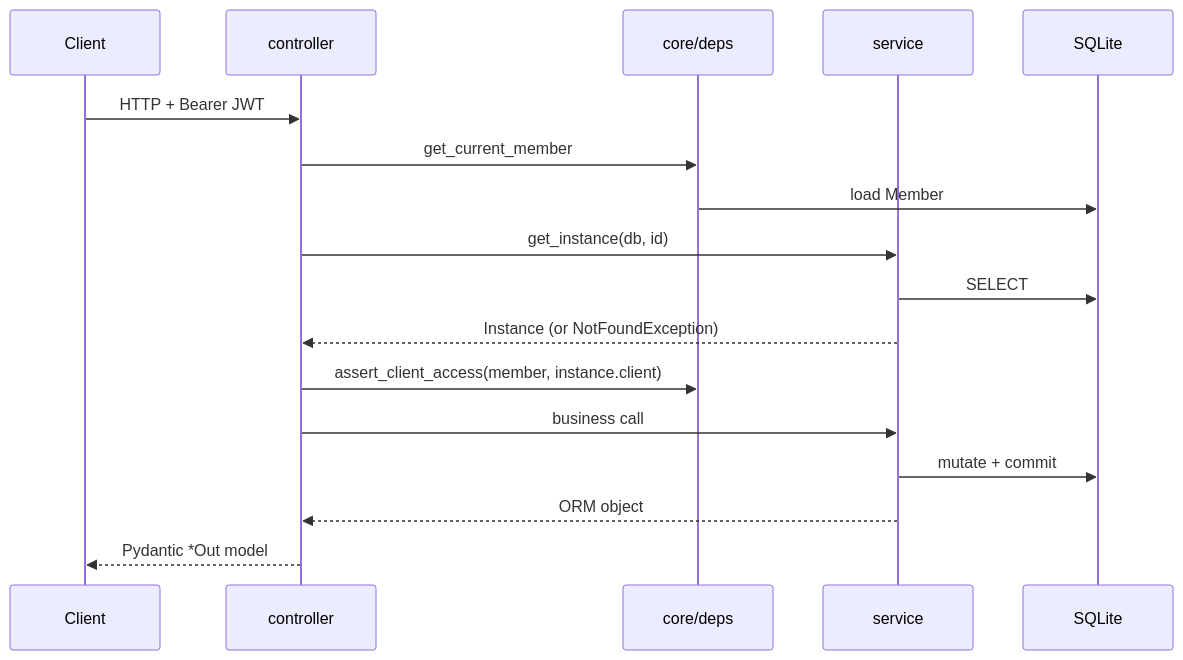
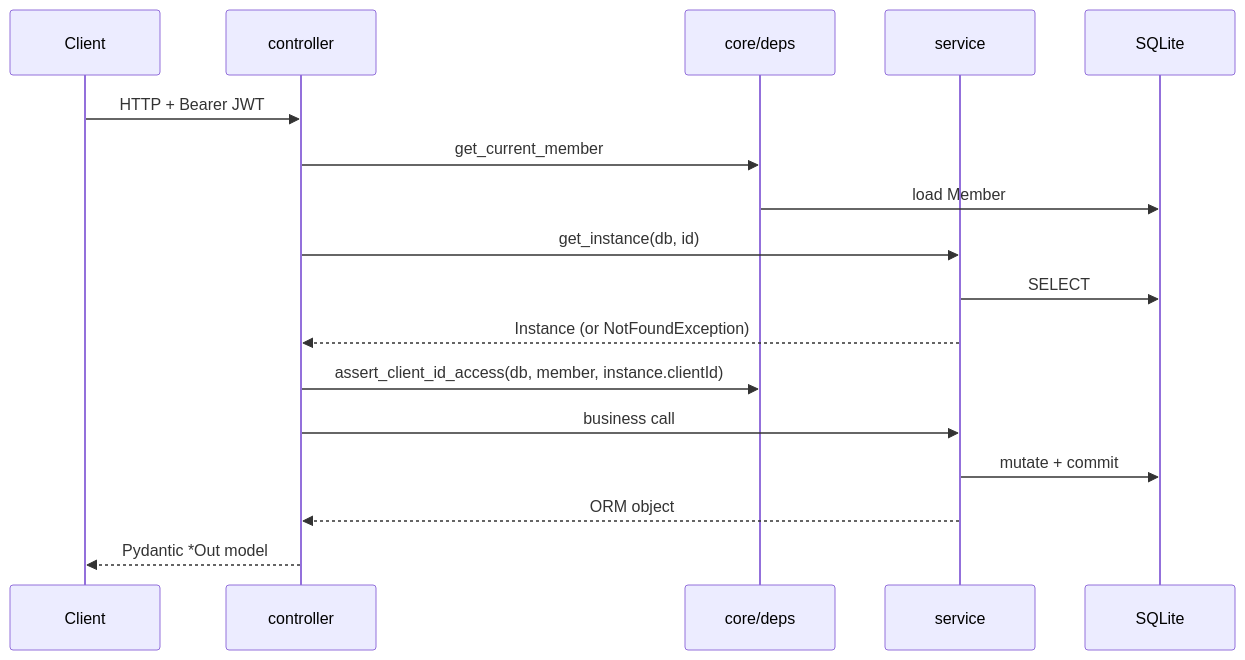
Before and after one commit to thaivanlam/Assignment-Cloud-Instance-Monitoring-System-REST-API-Design-Implementation-backend: the diagram in docs/onboarding/READING_ORDER.md, drawn with Mermaid. The commit also changed other lines of this file and 8 other files, not shown here.

````diff
--- a/docs/onboarding/READING_ORDER.md
+++ b/docs/onboarding/READING_ORDER.md
@@ -276,20 +281,20 @@
 ```mermaid
 sequenceDiagram
     participant C as Client
     participant R as controller
     participant D as core/deps
     participant S as service
     participant DB as SQLite
 
     C->>R: HTTP + Bearer JWT
     R->>D: get_current_member
     D->>DB: load Member
     R->>S: get_instance(db, id)
     S->>DB: SELECT
     S-->>R: Instance (or NotFoundException)
-    R->>D: assert_client_access(member, instance.client)
+    R->>D: assert_client_id_access(db, member, instance.clientId)
     R->>S: business call
     S->>DB: mutate + commit
     S-->>R: ORM object
     R-->>C: Pydantic *Out model
 ```
````
